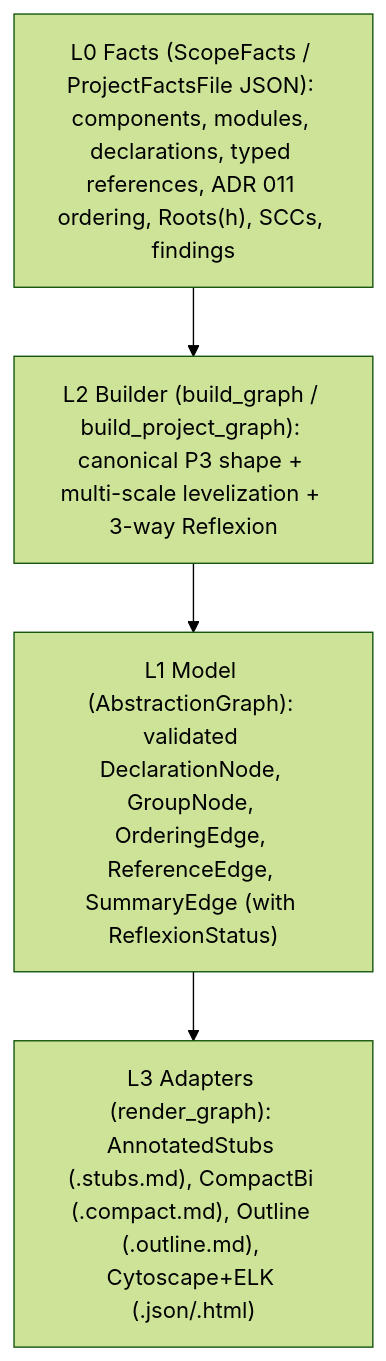
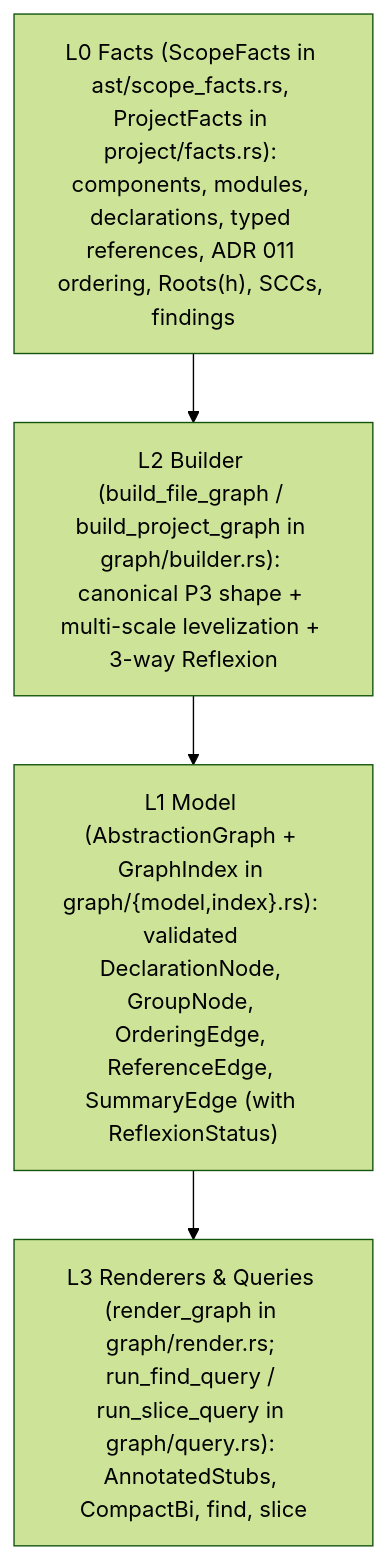
Before and after one commit to Kajiih/omnicoach: the diagram in docs/dev/abstraction_graph/05_decisions.md, drawn with Mermaid (forest theme). The commit also changed other lines of this file and 3 other files, not shown here.

First line of the commit message:
docs(architecture,roadmap): update ADR 006 and consolidation status for CodeLintProject and CodeLintGraph

````diff
--- a/docs/dev/abstraction_graph/05_decisions.md
+++ b/docs/dev/abstraction_graph/05_decisions.md
@@ -19,10 +19,10 @@
 ```mermaid
 flowchart TD
-    L0["L0 Facts (ScopeFacts / ProjectFactsFile JSON): components, modules, declarations, typed references, ADR 011 ordering, Roots(h), SCCs, findings"]
-    L1["L1 Model (AbstractionGraph): validated DeclarationNode, GroupNode, OrderingEdge, ReferenceEdge, SummaryEdge (with ReflexionStatus)"]
-    L2["L2 Builder (build_graph / build_project_graph): canonical P3 shape + multi-scale levelization + 3-way Reflexion"]
-    L3["L3 Adapters (render_graph): AnnotatedStubs (.stubs.md), CompactBi (.compact.md), Outline (.outline.md), Cytoscape+ELK (.json/.html)"]
+    L0["L0 Facts (ScopeFacts in ast/scope_facts.rs, ProjectFacts in project/facts.rs): components, modules, declarations, typed references, ADR 011 ordering, Roots(h), SCCs, findings"]
+    L1["L1 Model (AbstractionGraph + GraphIndex in graph/{model,index}.rs): validated DeclarationNode, GroupNode, OrderingEdge, ReferenceEdge, SummaryEdge (with ReflexionStatus)"]
+    L2["L2 Builder (build_file_graph / build_project_graph in graph/builder.rs): canonical P3 shape + multi-scale levelization + 3-way Reflexion"]
+    L3["L3 Renderers & Queries (render_graph in graph/render.rs; run_find_query / run_slice_query in graph/query.rs): AnnotatedStubs, CompactBi, find, slice"]
     L0 --> L2
     L2 --> L1
     L1 --> L3
 ```
````
